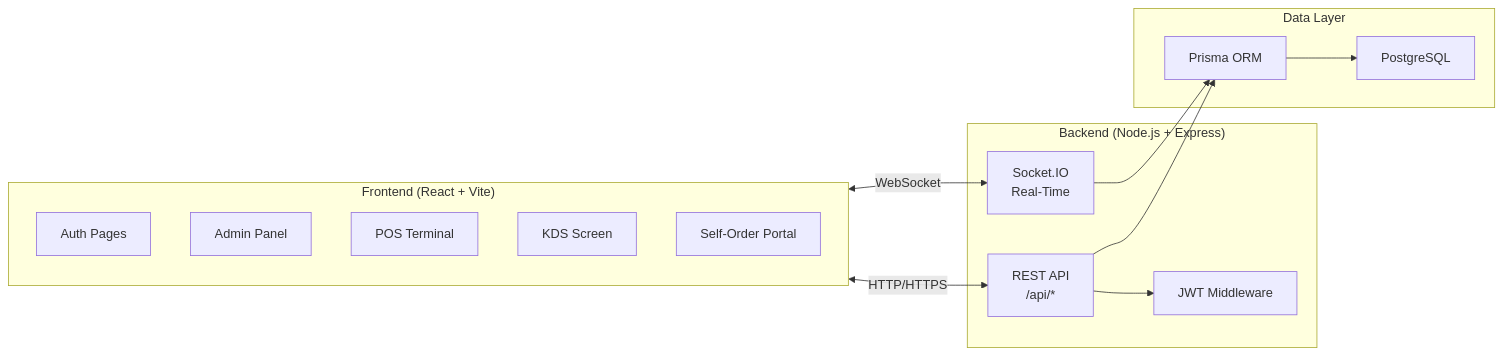
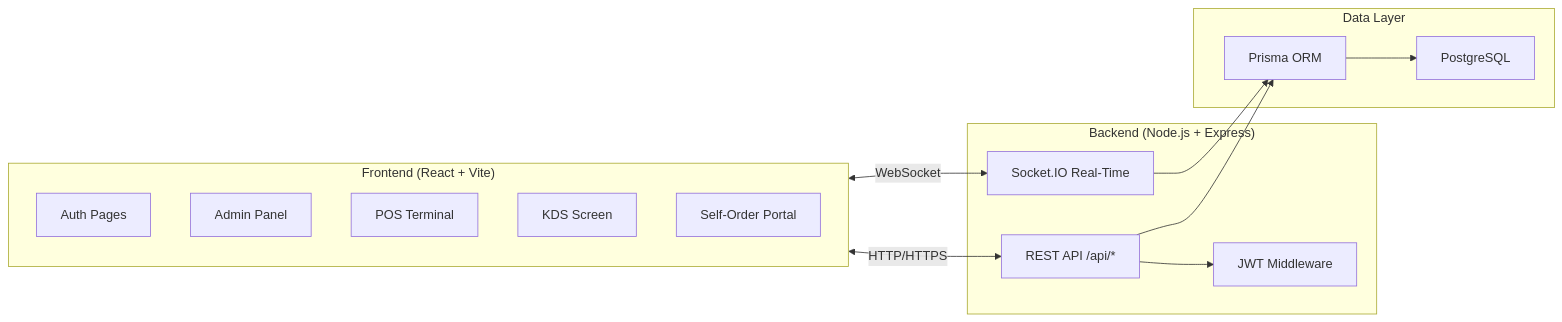
Before and after one commit to Team-Detroit/Odoo-Hack: the fifth of 5 diagrams in docs/project-overview.md, drawn with Mermaid. The commit also changed other lines of this file and 5 other files, not shown here.

````diff
--- a/docs/project-overview.md
+++ b/docs/project-overview.md
@@ -158,28 +158,28 @@
 ```mermaid
 graph LR
-    subgraph Frontend["Frontend (React + Vite)"]
+    subgraph FE["Frontend (React + Vite)"]
         Auth["Auth Pages"]
         Admin["Admin Panel"]
         POS["POS Terminal"]
         KDS["KDS Screen"]
         Self["Self-Order Portal"]
     end
 
-    subgraph Backend["Backend (Node.js + Express)"]
-        API["REST API<br/>/api/*"]
-        Socket["Socket.IO<br/>Real-Time"]
+    subgraph BE["Backend (Node.js + Express)"]
+        API["REST API /api/*"]
+        Socket["Socket.IO Real-Time"]
         Auth2["JWT Middleware"]
     end
 
-    subgraph Data["Data Layer"]
+    subgraph DB["Data Layer"]
         Prisma["Prisma ORM"]
         PG["PostgreSQL"]
     end
 
-    Frontend <-->|HTTP/HTTPS| API
-    Frontend <-->|WebSocket| Socket
+    FE <-->|HTTP/HTTPS| API
+    FE <-->|WebSocket| Socket
     API --> Auth2
     API --> Prisma
     Socket --> Prisma
     Prisma --> PG
 ```
````
